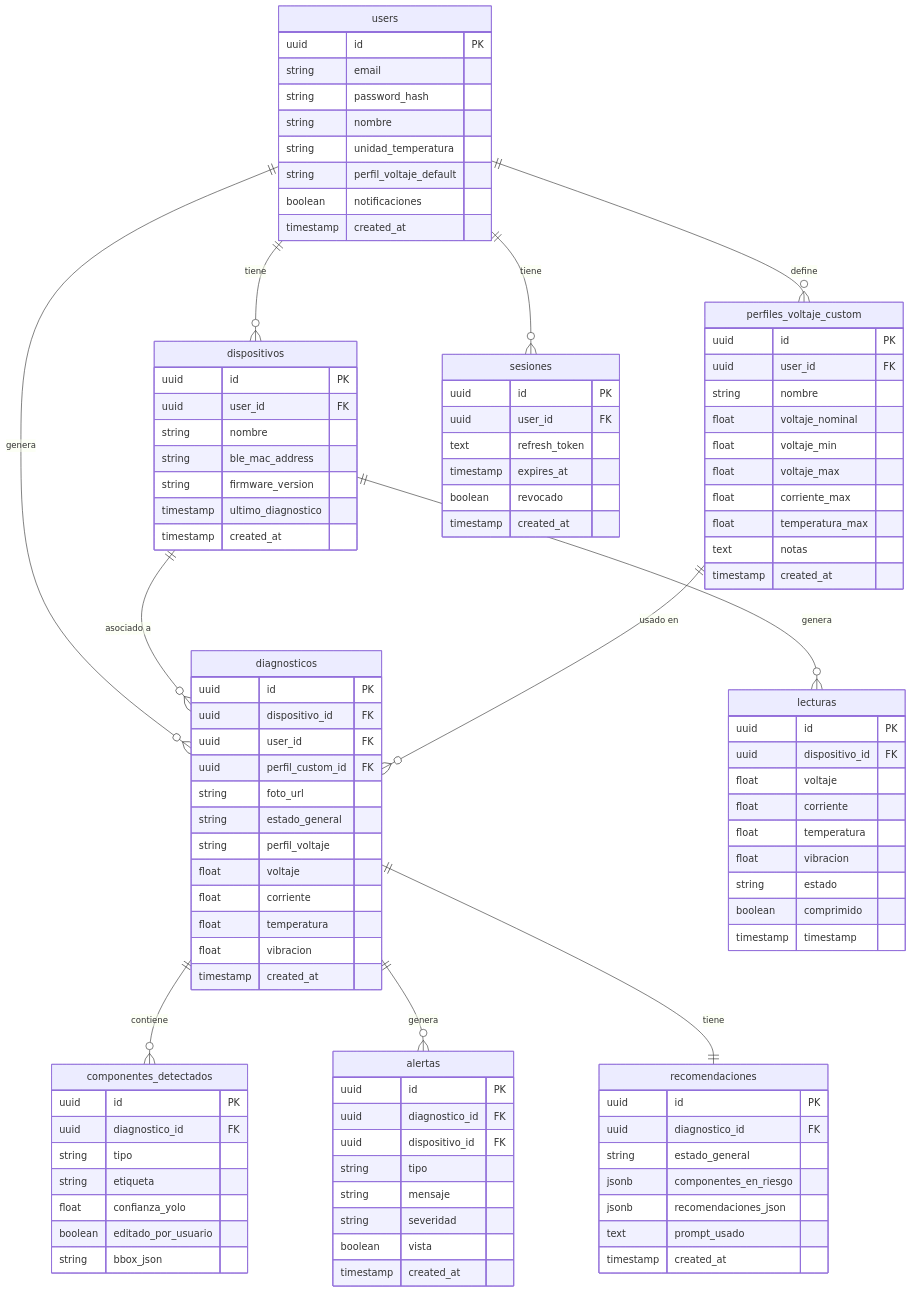
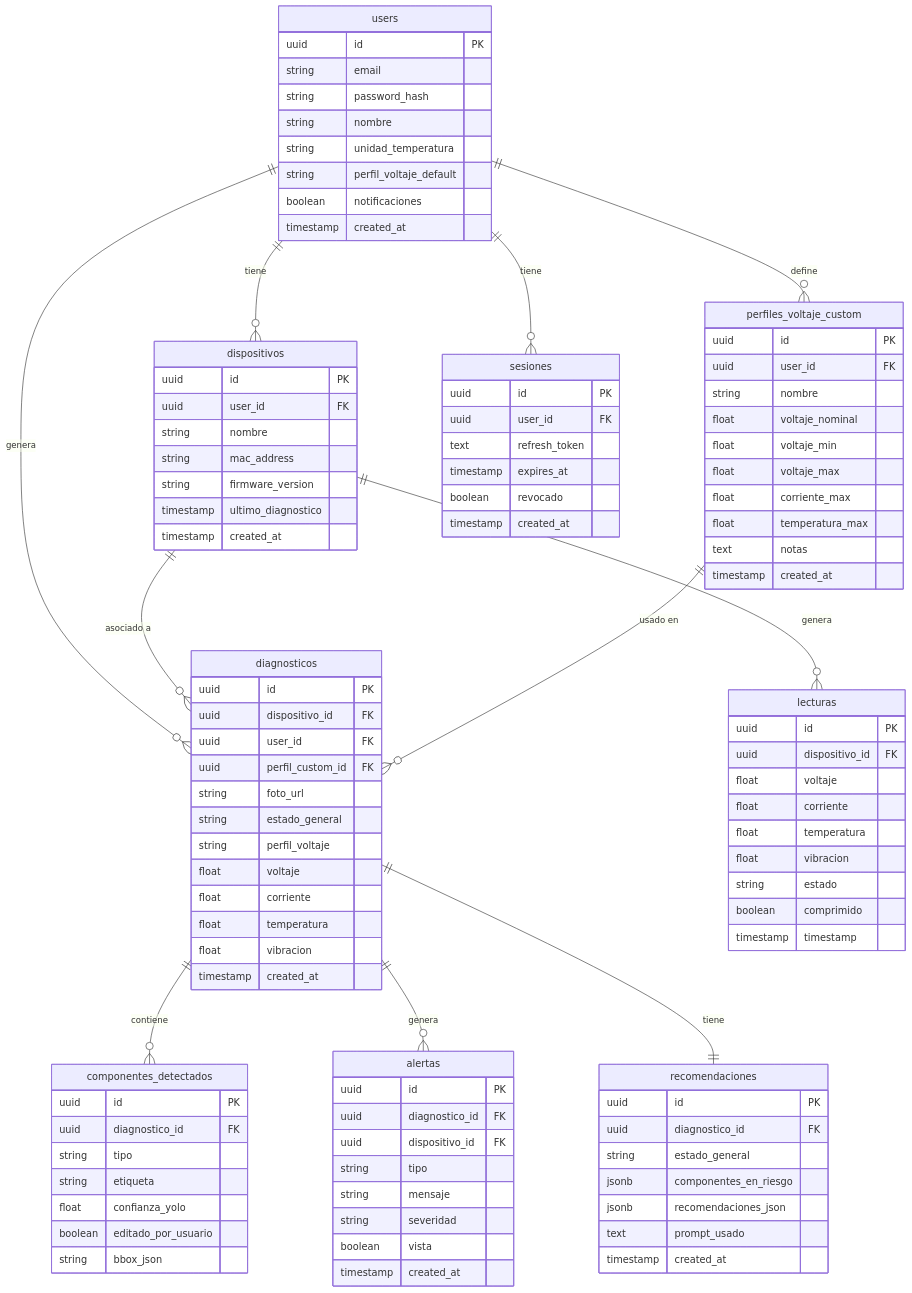
The diagram in General/BaseDeDatos/base-de-datos.md (DiegoAragon13/InnovaV1), drawn with Mermaid before and after one commit. The commit also changed other lines of this file and 6 other files, not shown here.

```diff
--- a/General/BaseDeDatos/base-de-datos.md
+++ b/General/BaseDeDatos/base-de-datos.md
@@ -21,7 +21,7 @@
         uuid id PK
         uuid user_id FK
         string nombre
-        string ble_mac_address
+        string mac_address
         string firmware_version
         timestamp ultimo_diagnostico
         timestamp created_at
```
